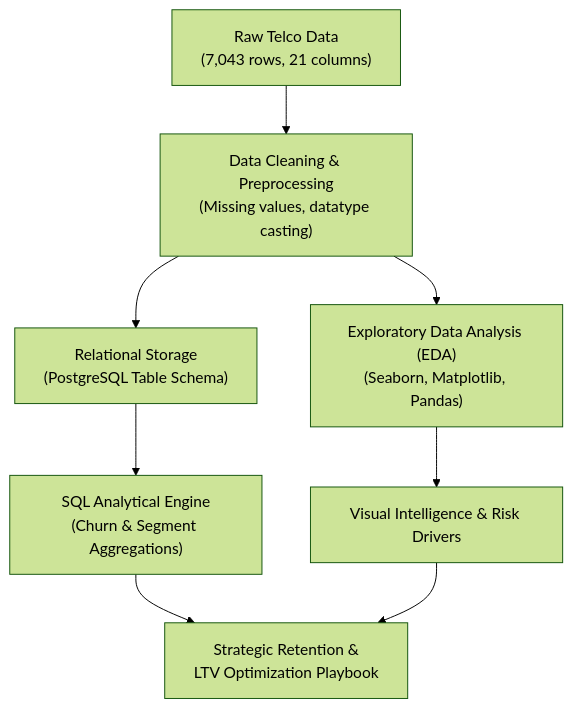
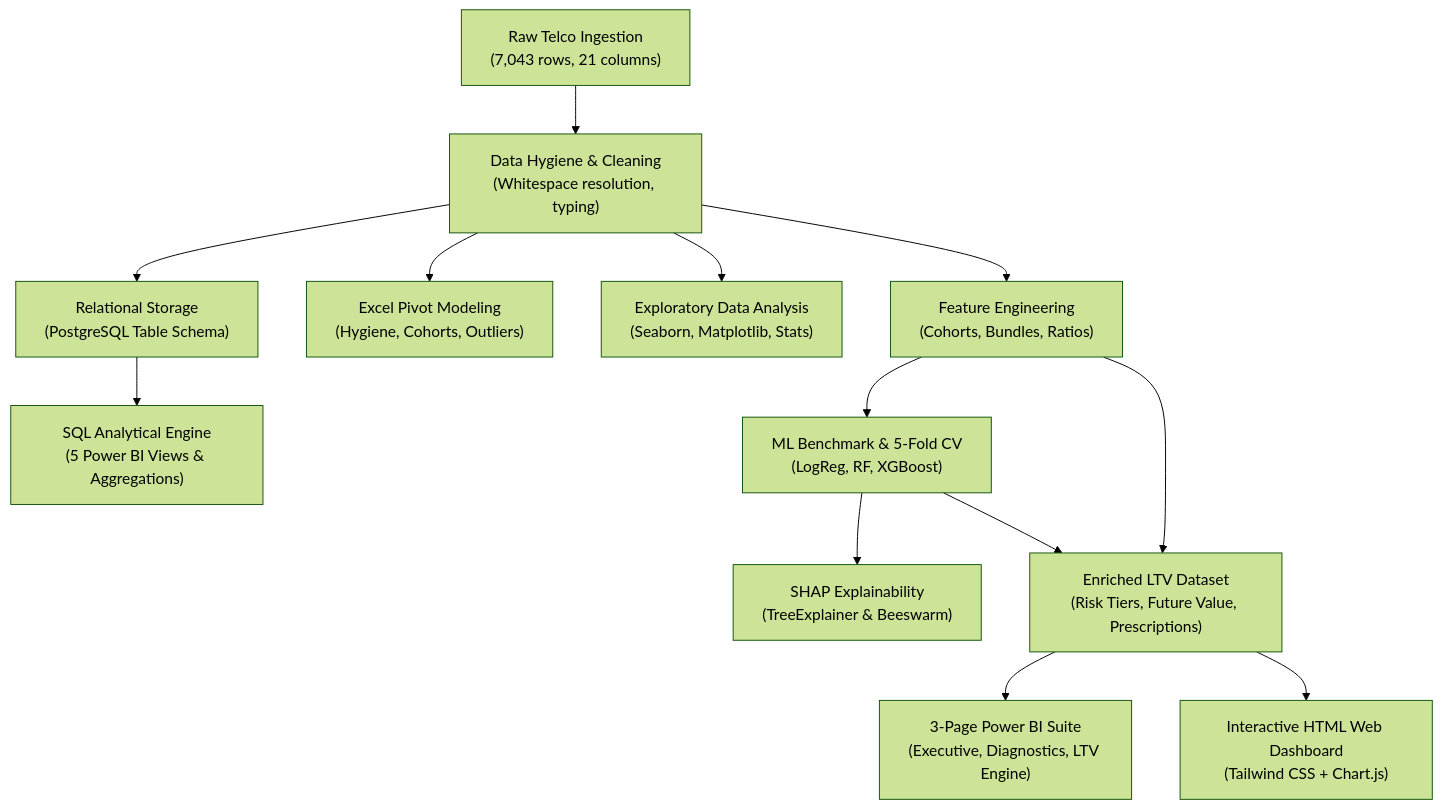
Before and after one commit to addu91577-sketch/Customer-Churn-LTV-Engine: the diagram in README.md, drawn with Mermaid (forest theme). The commit also changed other lines of this file and 19 other files, not shown here.

````diff
--- a/README.md
+++ b/README.md
@@ -34,9 +40,14 @@
 ```mermaid
 flowchart TD
-    A["Raw Telco Data<br/>(7,043 rows, 21 columns)"] --> B["Data Cleaning & Preprocessing<br/>(Missing values, datatype casting)"]
+    A["Raw Telco Ingestion<br/>(7,043 rows, 21 columns)"] --> B["Data Hygiene & Cleaning<br/>(Whitespace resolution, typing)"]
     B --> C["Relational Storage<br/>(PostgreSQL Table Schema)"]
-    C --> D["SQL Analytical Engine<br/>(Churn & Segment Aggregations)"]
-    B --> E["Exploratory Data Analysis (EDA)<br/>(Seaborn, Matplotlib, Pandas)"]
-    E --> F["Visual Intelligence & Risk Drivers"]
-    D & F --> G["Strategic Retention &<br/>LTV Optimization Playbook"]
+    C --> D["SQL Analytical Engine<br/>(5 Power BI Views & Aggregations)"]
+    B --> E["Excel Pivot Modeling<br/>(Hygiene, Cohorts, Outliers)"]
+    B --> F["Exploratory Data Analysis<br/>(Seaborn, Matplotlib, Stats)"]
+    B --> G["Feature Engineering<br/>(Cohorts, Bundles, Ratios)"]
+    G --> H["ML Benchmark & 5-Fold CV<br/>(LogReg, RF, XGBoost)"]
+    H --> I["SHAP Explainability<br/>(TreeExplainer & Beeswarm)"]
+    H & G --> J["Enriched LTV Dataset<br/>(Risk Tiers, Future Value, Prescriptions)"]
+    J --> K["3-Page Power BI Suite<br/>(Executive, Diagnostics, LTV Engine)"]
+    J --> L["Interactive HTML Web Dashboard<br/>(Tailwind CSS + Chart.js)"]
 ```
````
